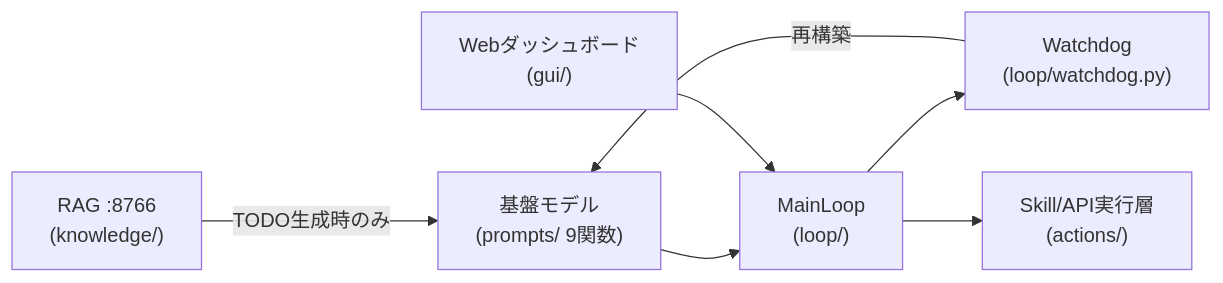
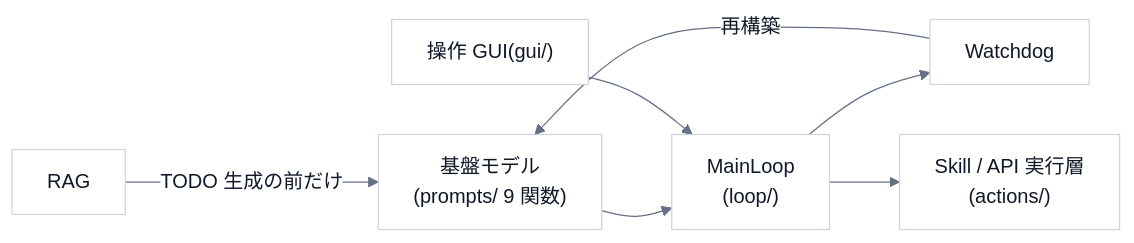
One commit to manato1201/VLMAutoReplayTool changed the diagram in README.md. Above: the diagram before and after it, drawn with Mermaid. The commit also changed other lines of this file and 26 other files, not shown here.

Commit message:
docs: 講義・学習資料・構成図を追加し、README を入口に整理する(旧 README は docs/reference/ へ)

````diff
--- a/README.md
+++ b/README.md
@@ -11,9 +38,10 @@
 ```mermaid
+%%{init: {"theme":"base","fontFamily":"Noto Sans JP, Hiragino Sans, Meiryo, sans-serif","themeVariables":{"fontFamily":"Noto Sans JP, Hiragino Sans, Meiryo, sans-serif","primaryColor":"#ffffff","primaryBorderColor":"#d0d5dd","primaryTextColor":"#101828","lineColor":"#667085","clusterBkg":"#f2f4f7","clusterBorder":"#d0d5dd","edgeLabelBackground":"#ffffff"},"flowchart":{"wrappingWidth":480,"nodeSpacing":40,"rankSpacing":56,"padding":14},"sequence":{"mirrorActors":false,"wrap":false,"width":150,"actorMargin":30,"messageMargin":34}}}%%
 flowchart LR
-    FM["基盤モデル\n(prompts/ 9関数)"] --> ML["MainLoop\n(loop/)"]
-    ML --> WD["Watchdog\n(loop/watchdog.py)"]
+    FM["基盤モデル<br/>(prompts/ 9 関数)"] --> ML["MainLoop<br/>(loop/)"]
+    ML --> WD["Watchdog"]
     WD -->|"再構築"| FM
-    ML --> AC["Skill/API実行層\n(actions/)"]
-    RAG["RAG :8766\n(knowledge/)"] -->|"TODO生成時のみ"| FM
-    GUI["Webダッシュボード\n(gui/)"] --> ML
+    ML --> AC["Skill / API 実行層<br/>(actions/)"]
+    RAG["RAG"] -->|"TODO 生成の前だけ"| FM
+    GUI["操作 GUI(gui/)"] --> ML
 ```
````
